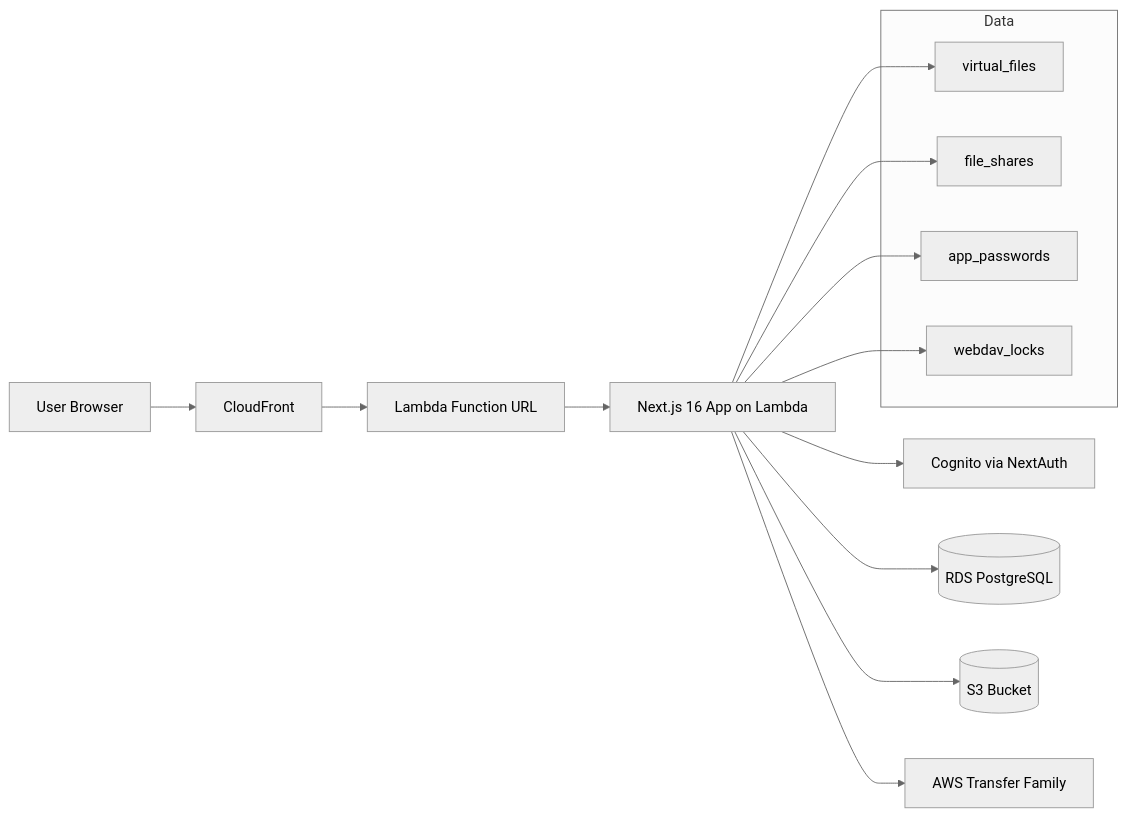
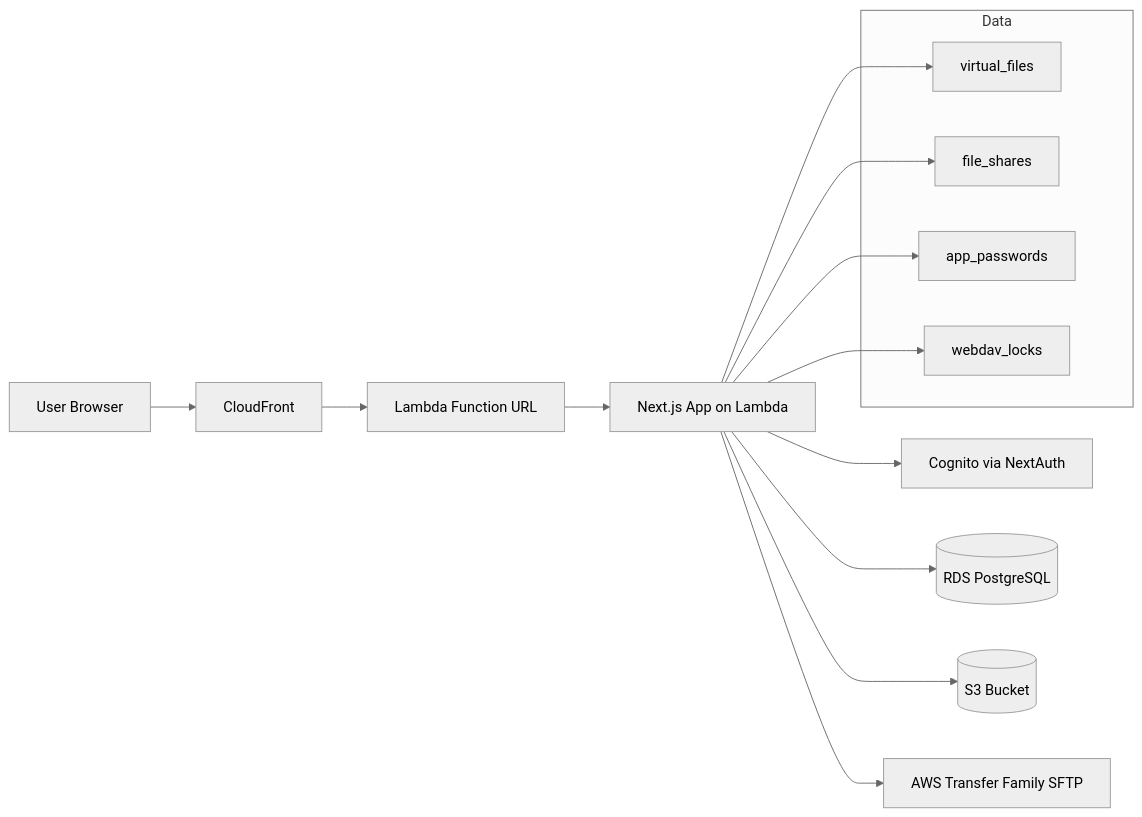
One commit to joeyf116/navara-strategy changed the diagram in README.md. Above: the diagram before and after it, drawn with Mermaid (neutral theme). The commit also changed other lines of this file and 2 other files, not shown here.

````diff
--- a/README.md
+++ b/README.md
@@ -7,23 +7,23 @@
 ```mermaid
 flowchart LR
     U[User Browser] --> CF[CloudFront]
     CF --> LFU[Lambda Function URL]
-    LFU --> APP[Next.js 16 App on Lambda]
+    LFU --> APP[Next.js App on Lambda]
 
     APP --> COG[Cognito via NextAuth]
     APP --> RDS[(RDS PostgreSQL)]
     APP --> S3[(S3 Bucket)]
-    APP --> TF[AWS Transfer Family]
+    APP --> TF[AWS Transfer Family SFTP]
 
     subgraph Data
       VF[virtual_files]
       FS[file_shares]
       AP[app_passwords]
       WL[webdav_locks]
     end
 
     APP --> VF
     APP --> FS
     APP --> AP
     APP --> WL
 ```
````
